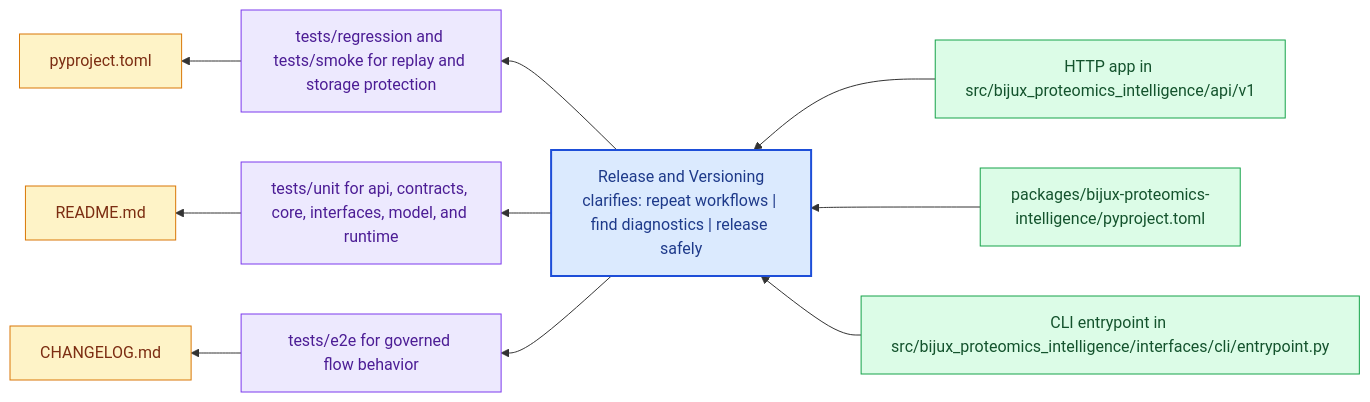
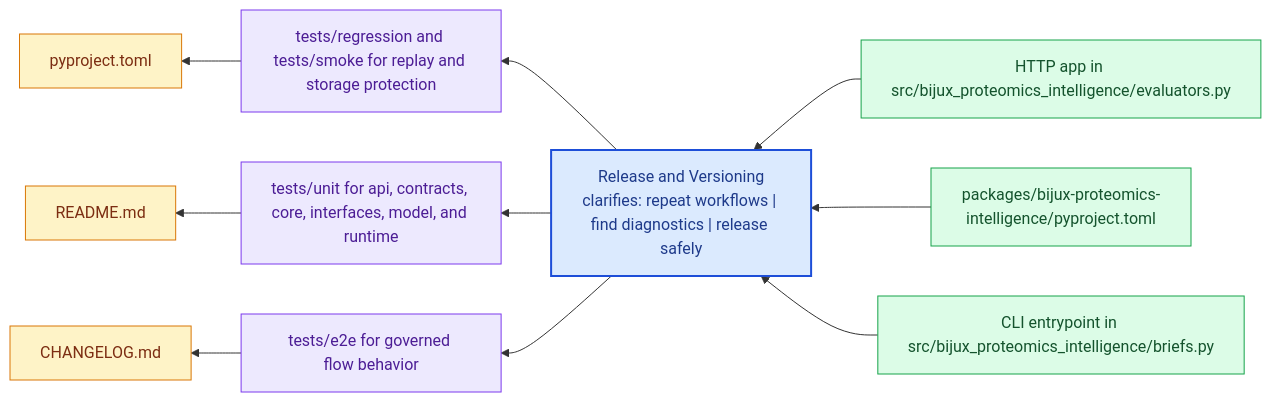
One commit to bijux/bijux-proteomics changed the diagram in docs/bijux-proteomics-intelligence/operations/release-and-versioning.md. Above: the diagram before and after it, drawn with Mermaid. The commit also changed 24 other files, not shown here.

Commit message:
docs(bijux-proteomics-intelligence): align handbook with ranking and decision responsibilities

````diff
--- a/docs/bijux-proteomics-intelligence/operations/release-and-versioning.md
+++ b/docs/bijux-proteomics-intelligence/operations/release-and-versioning.md
@@ -23,31 +23,31 @@
 ```mermaid
 flowchart RL
     page["Release and Versioning<br/>clarifies: repeat workflows | find diagnostics | release safely"]
     classDef page fill:#dbeafe,stroke:#1d4ed8,color:#1e3a8a,stroke-width:2px;
     classDef positive fill:#dcfce7,stroke:#16a34a,color:#14532d;
     classDef caution fill:#fee2e2,stroke:#dc2626,color:#7f1d1d;
     classDef anchor fill:#ede9fe,stroke:#7c3aed,color:#4c1d95;
     classDef action fill:#fef3c7,stroke:#d97706,color:#7c2d12;
-    step1["HTTP app in src/bijux_proteomics_intelligence/api/v1"]
+    step1["HTTP app in src/bijux_proteomics_intelligence/evaluators.py"]
     step1 --> page
     step2["packages/bijux-proteomics-intelligence/pyproject.toml"]
     step2 --> page
-    step3["CLI entrypoint in src/bijux_proteomics_intelligence/interfaces/cli/entrypoint.py"]
+    step3["CLI entrypoint in src/bijux_proteomics_intelligence/briefs.py"]
     step3 --> page
     run1["tests/regression and tests/smoke for replay and storage protection"]
     page --> run1
     run2["tests/unit for api, contracts, core, interfaces, model, and runtime"]
     page --> run2
     run3["tests/e2e for governed flow behavior"]
     page --> run3
     release1["pyproject.toml"]
     run1 --> release1
     release2["README.md"]
     run2 --> release2
     release3["CHANGELOG.md"]
     run3 --> release3
     class page page;
     class step1,step2,step3 positive;
     class run1,run2,run3 anchor;
     class release1,release2,release3 action;
 ```
````
